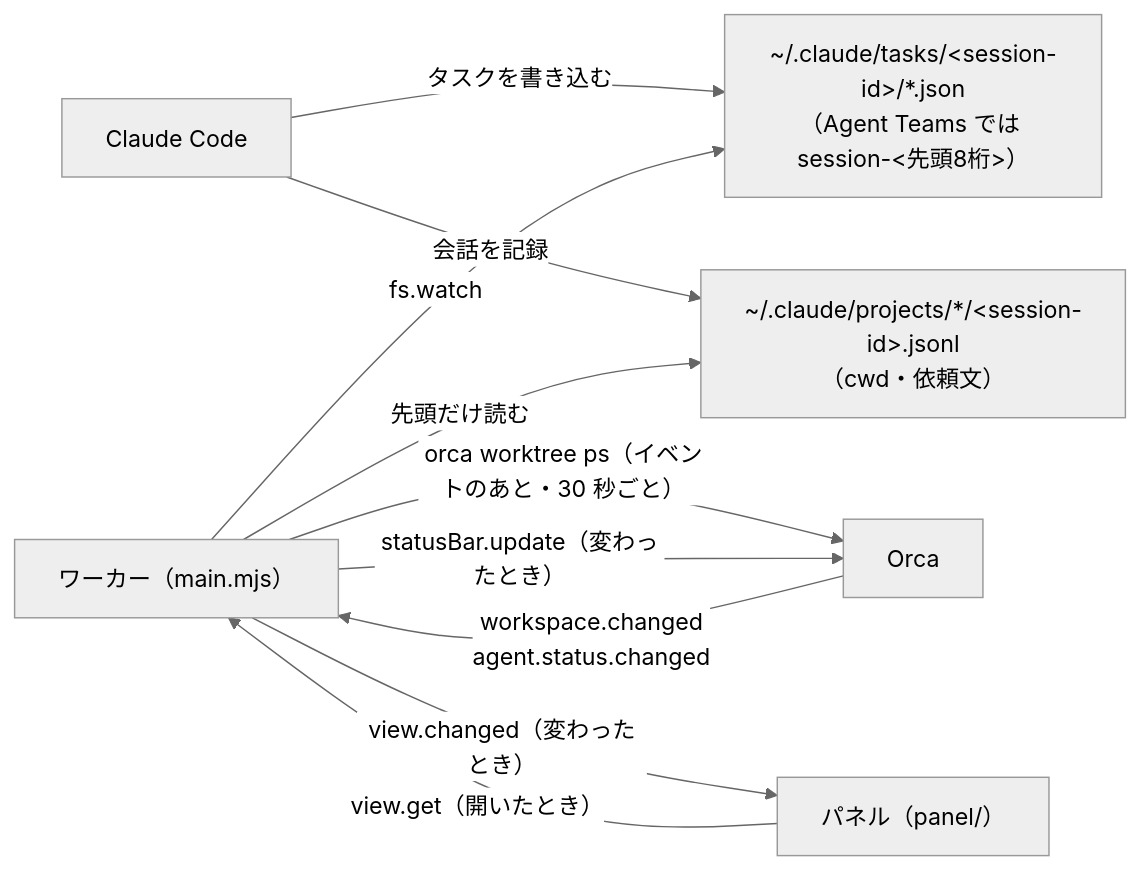
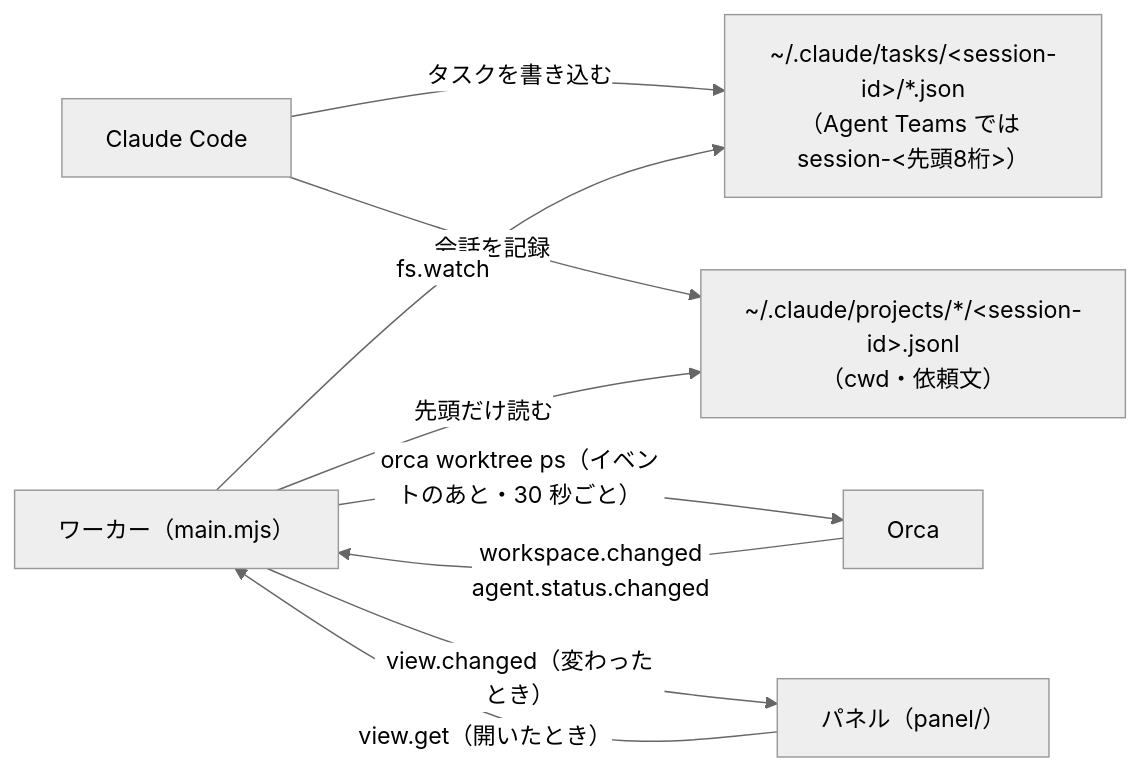
Before and after one commit to andoshin11/orca-milestone: the diagram in README.md, drawn with Mermaid (neutral theme). The commit also changed other lines of this file and 6 other files, not shown here.

First line of the commit message:
Remove the status bar progress

````diff
--- a/README.md
+++ b/README.md
@@ -73,12 +70,11 @@
 ```mermaid
 flowchart LR
   claude["Claude Code"] -- "タスクを書き込む" --> tasks["~/.claude/tasks/&lt;session-id&gt;/*.json<br/>（Agent Teams では session-&lt;先頭8桁&gt;）"]
   claude -- "会話を記録" --> transcript["~/.claude/projects/*/&lt;session-id&gt;.jsonl<br/>（cwd・依頼文）"]
   worker["ワーカー（main.mjs）"] -- "fs.watch" --> tasks
   worker -- "先頭だけ読む" --> transcript
   orca["Orca"] -- "workspace.changed<br/>agent.status.changed" --> worker
   worker -- "orca worktree ps（イベントのあと・30 秒ごと）" --> orca
   panel["パネル（panel/）"] -- "view.get（開いたとき）" --> worker
   worker -- "view.changed（変わったとき）" --> panel
-  worker -- "statusBar.update（変わったとき）" --> orca
 ```
````
